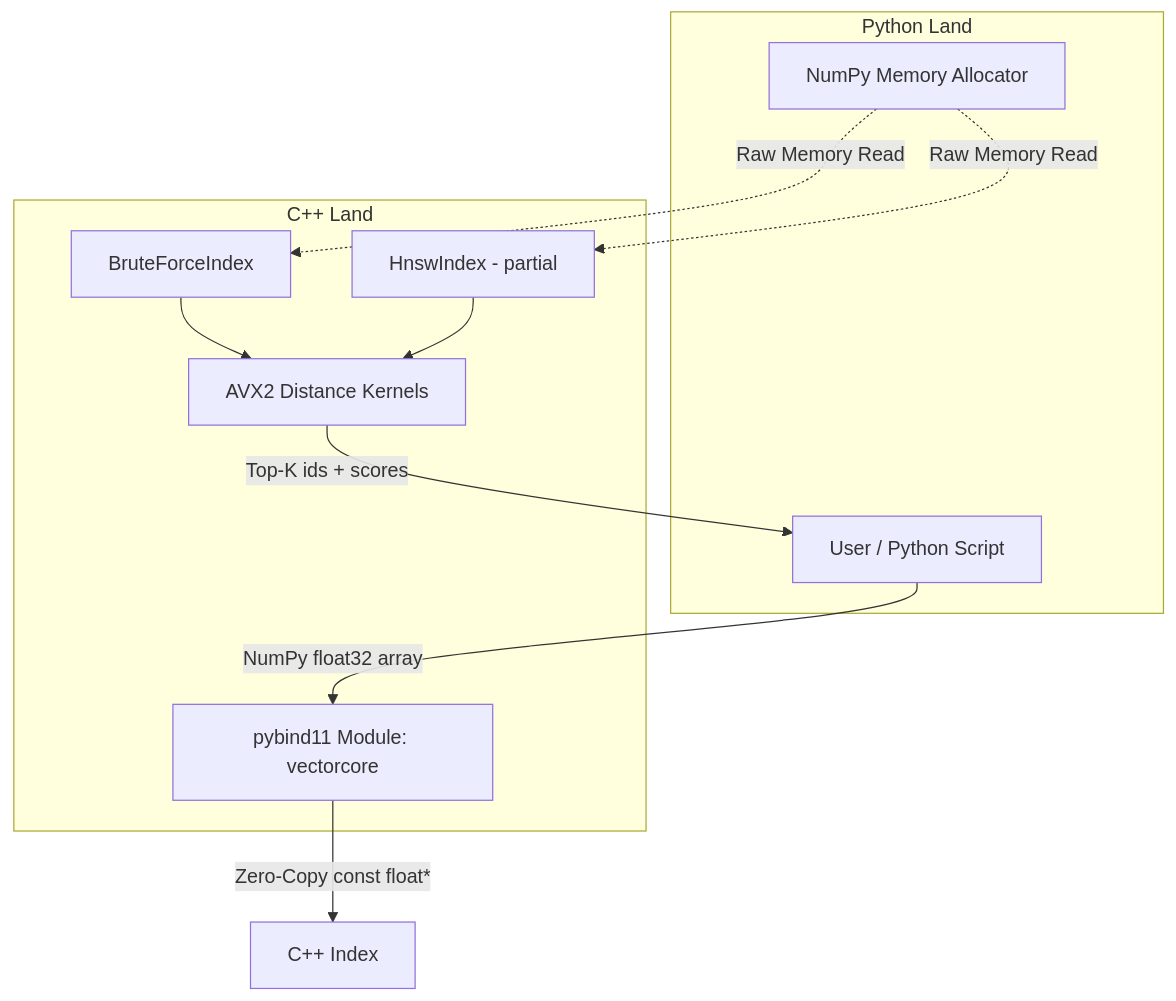
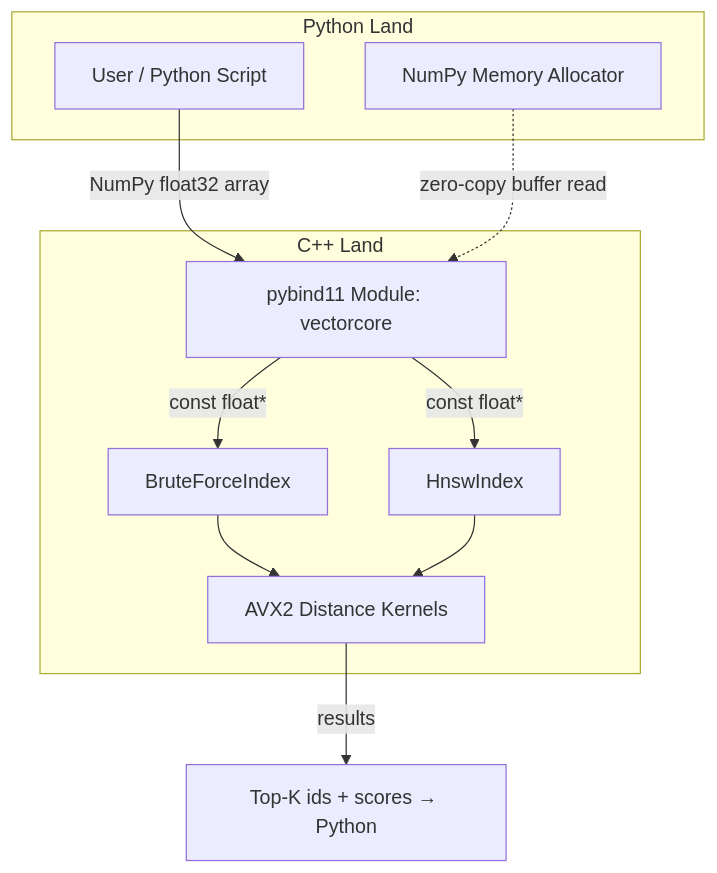
The diagram in README.md (Krishna-529/VectorCore), drawn with Mermaid before and after one commit.

Commit message:
v1.6.1 - Readme Changed

````diff
--- a/README.md
+++ b/README.md
@@ -47,23 +47,28 @@
 ```mermaid
-graph TD
-    User[User / Python Script] -->|NumPy float32 array| Interface[pybind11 Module: vectorcore]
-    Interface -->|Zero-Copy const float*| Engine[C++ Index]
+---
+config:
+  layout: dagre
+---
+flowchart TB
+  subgraph PY["Python Land"]
+    User["User / Python Script"]
+    Numpy["NumPy Memory Allocator"]
+  end
 
-    subgraph "Python Land"
-        User
-        Numpy[NumPy Memory Allocator]
-    end
+  subgraph CPP["C++ Land"]
+    Interface["pybind11 Module: vectorcore"]
+    BF["BruteForceIndex"]
+    HNSW["HnswIndex"]
+    Dist["AVX2 Distance Kernels"]
+  end
 
-    subgraph "C++ Land"
-        Interface
-        BF[BruteForceIndex]
-        HNSW[HnswIndex - partial]
-        Dist[AVX2 Distance Kernels]
-    end
+  Results["Top-K ids + scores → Python"]
 
-    Numpy -.->|Raw Memory Read| BF
-    Numpy -.->|Raw Memory Read| HNSW
-    BF --> Dist
-    HNSW --> Dist
-    Dist -->|Top-K ids + scores| User
+  User -- "NumPy float32 array" --> Interface
+  Numpy -. "zero-copy buffer read" .-> Interface
+  Interface -- "const float*" --> BF
+  Interface -- "const float*" --> HNSW
+  BF --> Dist
+  HNSW --> Dist
+  Dist -- "results" --> Results
 ```
````
